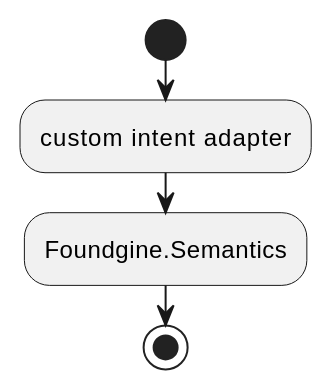
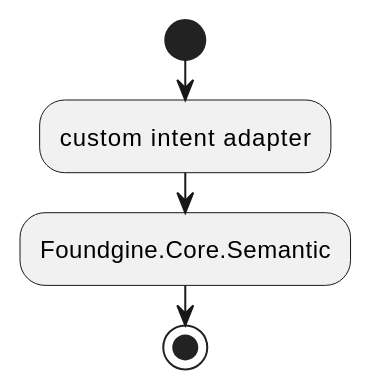
Before and after one commit to CristianBarragan/CoffeeBean: the second of 4 diagrams in docs/PUBLIC-API.md, drawn with PlantUML. The commit also changed other lines of this file and 1325 other files, not shown here.

````diff
--- a/docs/PUBLIC-API.md
+++ b/docs/PUBLIC-API.md
@@ -149,8 +149,8 @@
 ```plantuml
 @startuml
 start
 :custom intent adapter;
-:Foundgine.Semantics;
+:Foundgine.Core.Semantic;
 stop
 @enduml
 ```
````
